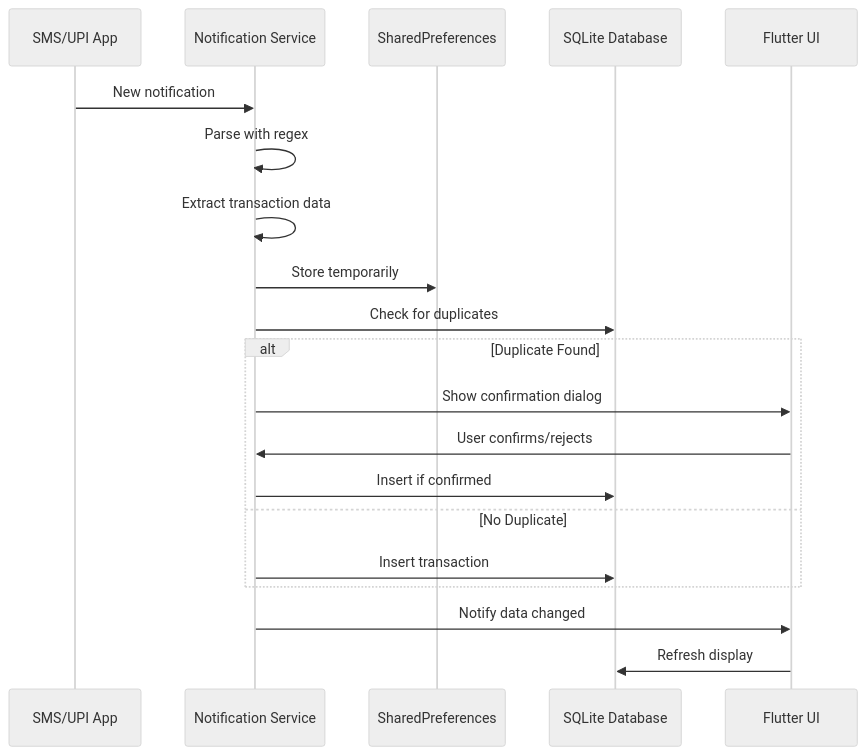
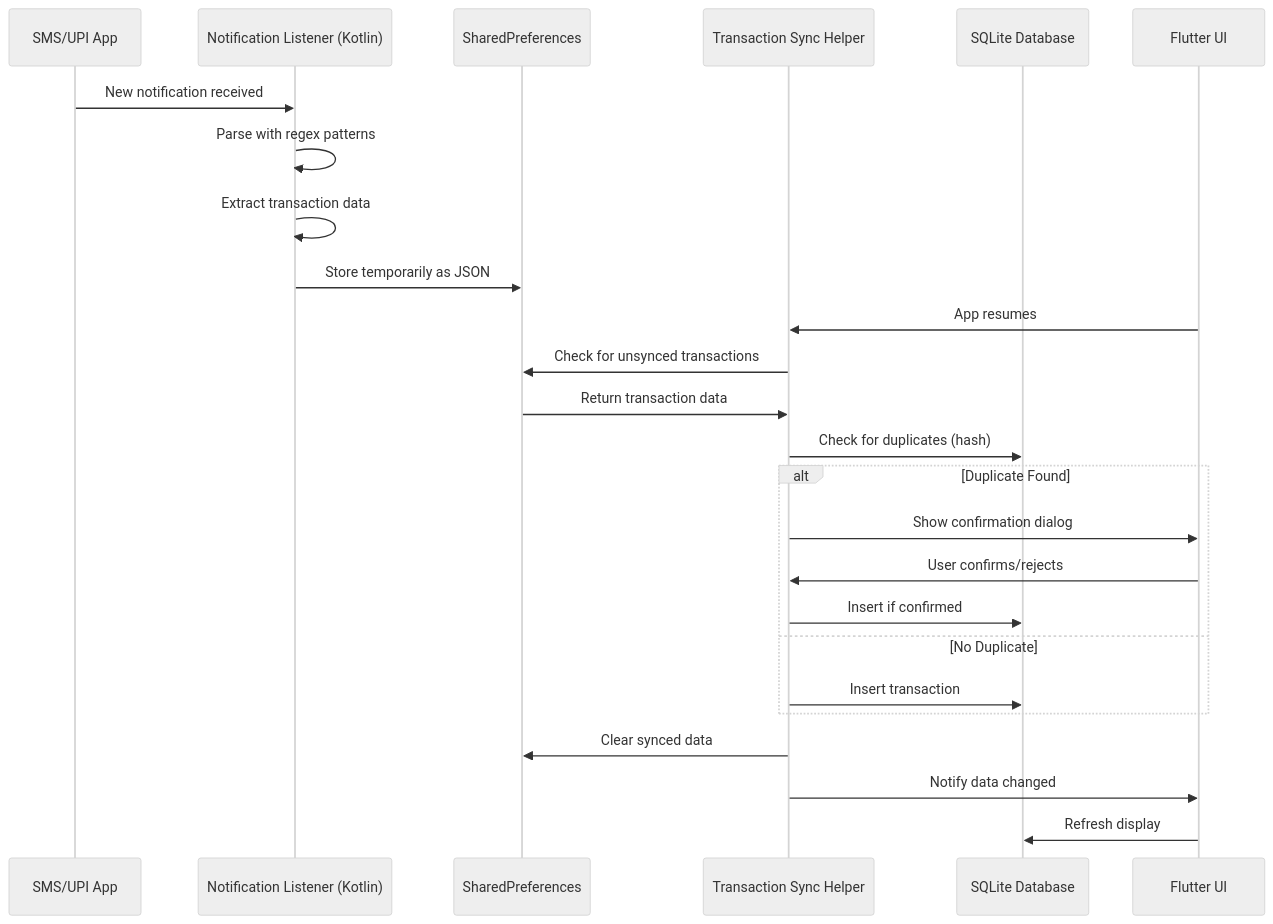
One commit to FaysArukattil/buddy changed the first of 2 diagrams in README.md. Above: the diagram before and after it, drawn with Mermaid (neutral theme). The commit also changed other lines of this file, not shown here.

````diff
--- a/README.md
+++ b/README.md
@@ -308,25 +389,31 @@
 ```mermaid
 sequenceDiagram
     participant SMS as SMS/UPI App
-    participant NS as Notification Service
+    participant NS as Notification Listener (Kotlin)
     participant SP as SharedPreferences
+    participant TS as Transaction Sync Helper
     participant DB as SQLite Database
     participant UI as Flutter UI
 
-    SMS->>NS: New notification
-    NS->>NS: Parse with regex
+    SMS->>NS: New notification received
+    NS->>NS: Parse with regex patterns
     NS->>NS: Extract transaction data
-    NS->>SP: Store temporarily
-    NS->>DB: Check for duplicates
+    NS->>SP: Store temporarily as JSON
+    
+    UI->>TS: App resumes
+    TS->>SP: Check for unsynced transactions
+    SP->>TS: Return transaction data
+    TS->>DB: Check for duplicates (hash)
     
     alt Duplicate Found
-        NS->>UI: Show confirmation dialog
-        UI->>NS: User confirms/rejects
-        NS->>DB: Insert if confirmed
+        TS->>UI: Show confirmation dialog
+        UI->>TS: User confirms/rejects
+        TS->>DB: Insert if confirmed
     else No Duplicate
-        NS->>DB: Insert transaction
+        TS->>DB: Insert transaction
     end
     
-    NS->>UI: Notify data changed
+    TS->>SP: Clear synced data
+    TS->>UI: Notify data changed
     UI->>DB: Refresh display
 ```
````
